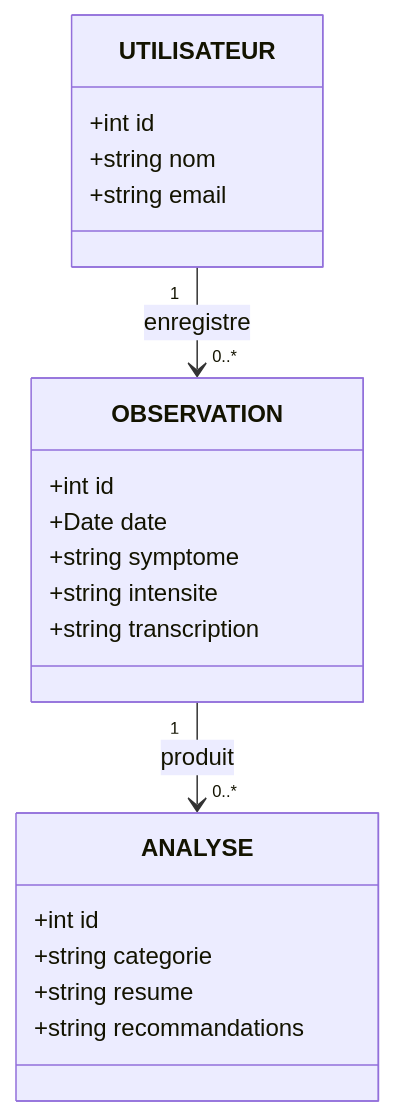
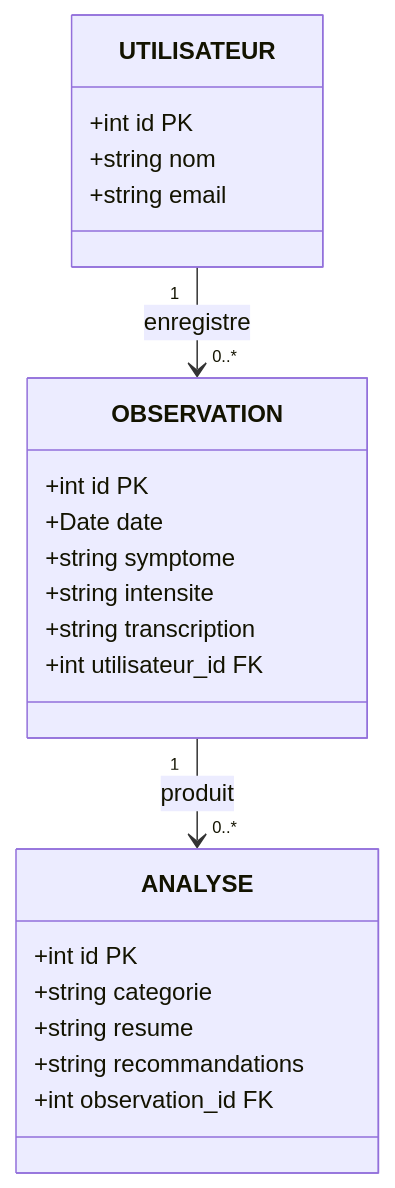
The diagram in README.md (AmineBoussaid/HealthVoice), drawn with Mermaid before and after one commit.

````diff
--- a/README.md
+++ b/README.md
@@ -72,27 +72,30 @@
 ```mermaid
 classDiagram
     class UTILISATEUR {
-        +int id
+        +int id PK
         +string nom
         +string email
     }
 
     class OBSERVATION {
-        +int id
+        +int id PK
         +Date date
         +string symptome
         +string intensite
         +string transcription
+        +int utilisateur_id FK
     }
 
     class ANALYSE {
-        +int id
+        +int id PK
         +string categorie
         +string resume
         +string recommandations
+        +int observation_id FK
     }
 
     UTILISATEUR "1" --> "0..*" OBSERVATION : enregistre
     OBSERVATION "1" --> "0..*" ANALYSE : produit
 
+
 ```
````
